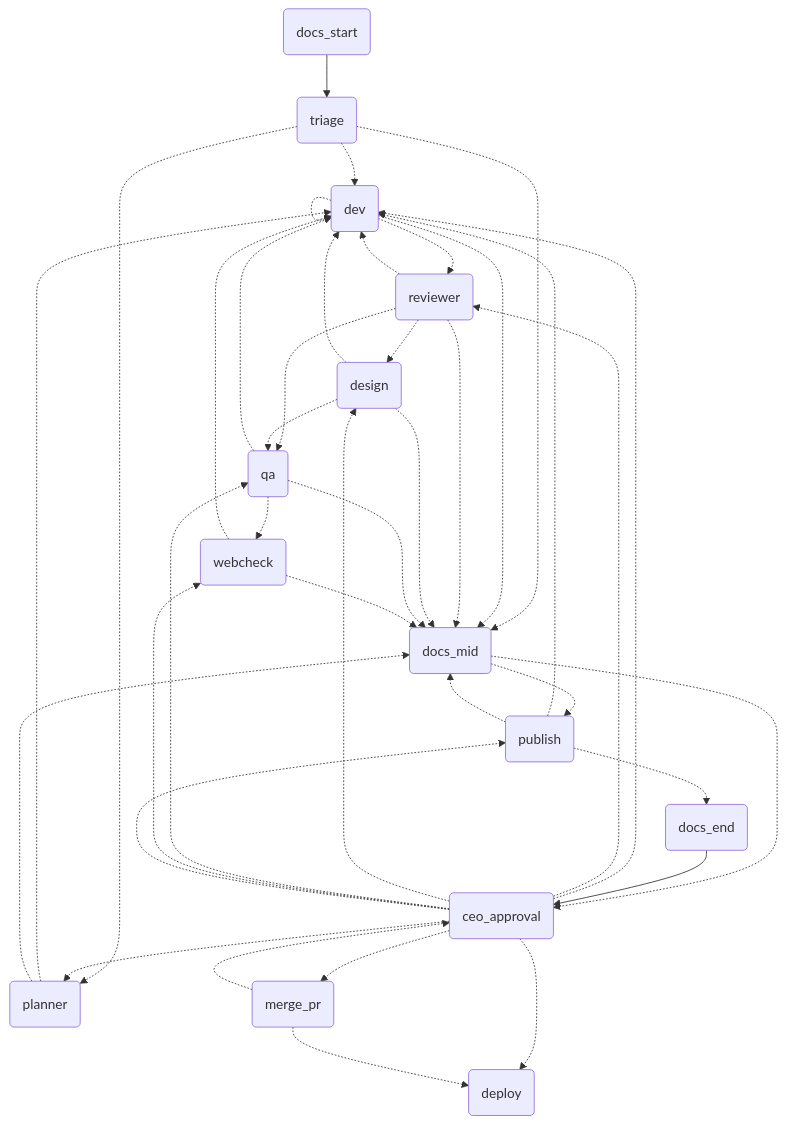
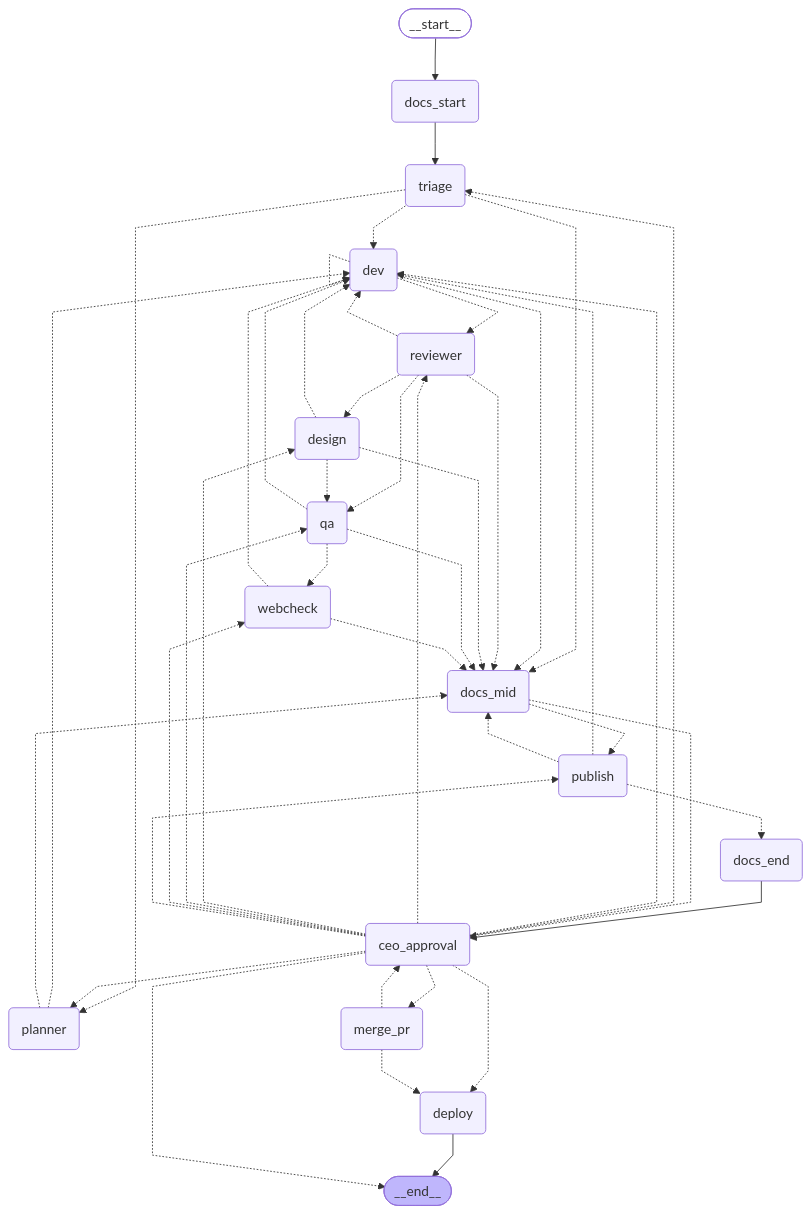
Before and after one commit to venturelli-91/agent-softhouse-orchestrator: the diagram in orchestrator/docs/11-reference.md, drawn with Mermaid. The commit also changed other lines of this file and 4 other files, not shown here.

````diff
--- a/orchestrator/docs/11-reference.md
+++ b/orchestrator/docs/11-reference.md
@@ -68,55 +75,65 @@
 ```mermaid
+%%{init: {'flowchart': {'curve': 'linear'}}}%%
 graph TD;
-  docs_start(docs_start)
-  docs_mid(docs_mid)
-  docs_end(docs_end)
-  triage(triage)
-  planner(planner)
-  dev(dev)
-  reviewer(reviewer)
-  design(design)
-  qa(qa)
-  webcheck(webcheck)
-  publish(publish)
-  ceo_approval(ceo_approval)
-  merge_pr(merge_pr)
-  deploy(deploy)
-  docs_start --> triage;
-  triage -.-> dev;
-  triage -.-> planner;
-  triage -.-> docs_mid;
-  planner -.-> dev;
-  planner -.-> docs_mid;
-  dev -.-> reviewer;
-  dev -.-> docs_mid;
-  reviewer -.-> design;
-  reviewer -.-> qa;
-  reviewer -.-> dev;
-  reviewer -.-> docs_mid;
-  design -.-> qa;
-  design -.-> dev;
-  design -.-> docs_mid;
-  qa -.-> webcheck;
-  qa -.-> dev;
-  qa -.-> docs_mid;
-  webcheck -.-> docs_mid;
-  webcheck -.-> dev;
-  publish -.-> docs_end;
-  publish -.-> dev;
-  publish -.-> docs_mid;
-  docs_mid -.-> publish;
-  docs_mid -.-> ceo_approval;
-  docs_end --> ceo_approval;
-  ceo_approval -.-> dev;
-  ceo_approval -.-> planner;
-  ceo_approval -.-> reviewer;
-  ceo_approval -.-> design;
-  ceo_approval -.-> qa;
-  ceo_approval -.-> webcheck;
-  ceo_approval -.-> publish;
-  ceo_approval -.-> deploy;
-  ceo_approval -.-> merge_pr;
-  merge_pr -.-> deploy;
-  merge_pr -.-> ceo_approval;
-  dev -.-> dev;
+	__start__([<p>__start__</p>]):::first
+	triage(triage)
+	planner(planner)
+	dev(dev)
+	reviewer(reviewer)
+	design(design)
+	qa(qa)
+	webcheck(webcheck)
+	publish(publish)
+	ceo_approval(ceo_approval)
+	merge_pr(merge_pr)
+	deploy(deploy)
+	docs_start(docs_start)
+	docs_mid(docs_mid)
+	docs_end(docs_end)
+	__end__([<p>__end__</p>]):::last
+	__start__ --> docs_start;
+	deploy --> __end__;
+	docs_end --> ceo_approval;
+	docs_start --> triage;
+	triage -.-> dev;
+	triage -.-> planner;
+	triage -.-> docs_mid;
+	planner -.-> dev;
+	planner -.-> docs_mid;
+	dev -.-> reviewer;
+	dev -.-> docs_mid;
+	reviewer -.-> design;
+	reviewer -.-> qa;
+	reviewer -.-> dev;
+	reviewer -.-> docs_mid;
+	design -.-> qa;
+	design -.-> dev;
+	design -.-> docs_mid;
+	qa -.-> webcheck;
+	qa -.-> dev;
+	qa -.-> docs_mid;
+	webcheck -.-> docs_mid;
+	webcheck -.-> dev;
+	publish -.-> docs_end;
+	publish -.-> dev;
+	publish -.-> docs_mid;
+	docs_mid -.-> publish;
+	docs_mid -.-> ceo_approval;
+	ceo_approval -.-> triage;
+	ceo_approval -.-> planner;
+	ceo_approval -.-> dev;
+	ceo_approval -.-> reviewer;
+	ceo_approval -.-> design;
+	ceo_approval -.-> qa;
+	ceo_approval -.-> webcheck;
+	ceo_approval -.-> publish;
+	ceo_approval -.-> deploy;
+	ceo_approval -.-> merge_pr;
+	ceo_approval -.-> __end__;
+	merge_pr -.-> deploy;
+	merge_pr -.-> ceo_approval;
+	dev -.-> dev;
+	classDef default fill:#f2f0ff,line-height:1.2;
+	classDef first fill-opacity:0;
+	classDef last fill:#bfb6fc;
 ```
````
